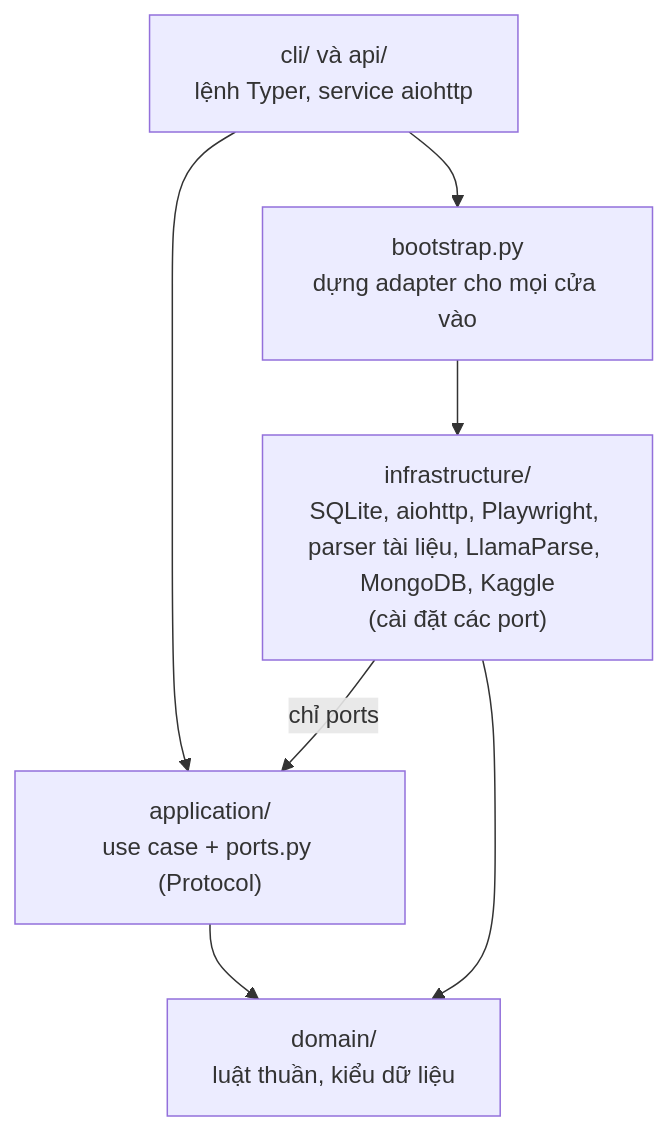
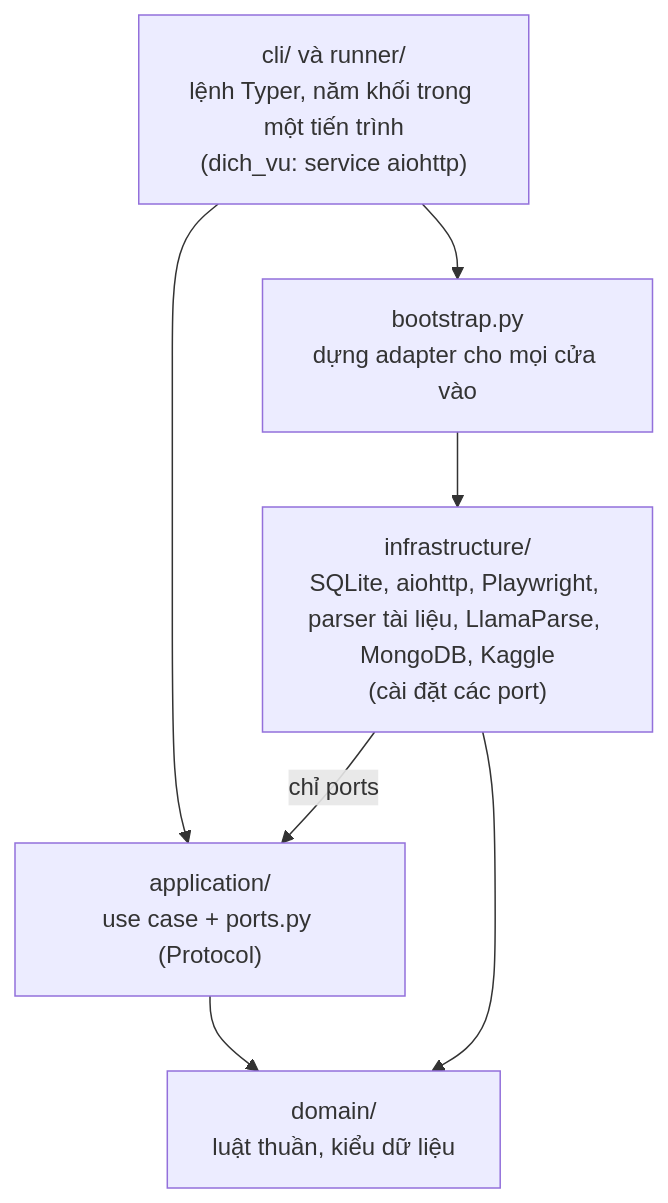
Before and after one commit to doanan293/WebCorpusPipeline: the first of 3 diagrams in data_pipeline/docs/architecture.md, drawn with Mermaid. The commit also changed other lines of this file and 8 other files, not shown here.

````diff
--- a/data_pipeline/docs/architecture.md
+++ b/data_pipeline/docs/architecture.md
@@ -16,15 +22,15 @@
 ```mermaid
 flowchart TB
-    PRES["cli/ và api/<br/>lệnh Typer, service aiohttp"]
+    PRES["cli/ và runner/<br/>lệnh Typer, năm khối trong một tiến trình<br/>(dich_vu: service aiohttp)"]
     BOOT["bootstrap.py<br/>dựng adapter cho mọi cửa vào"]
     INFRA["infrastructure/<br/>SQLite, aiohttp, Playwright, parser tài liệu, LlamaParse, MongoDB, Kaggle<br/>(cài đặt các port)"]
     APP["application/<br/>use case + ports.py (Protocol)"]
     DOM["domain/<br/>luật thuần, kiểu dữ liệu"]
 
     PRES --> BOOT
     PRES --> APP
     BOOT --> INFRA
     INFRA -->|"chỉ ports"| APP
     APP --> DOM
     INFRA --> DOM
 ```
````
